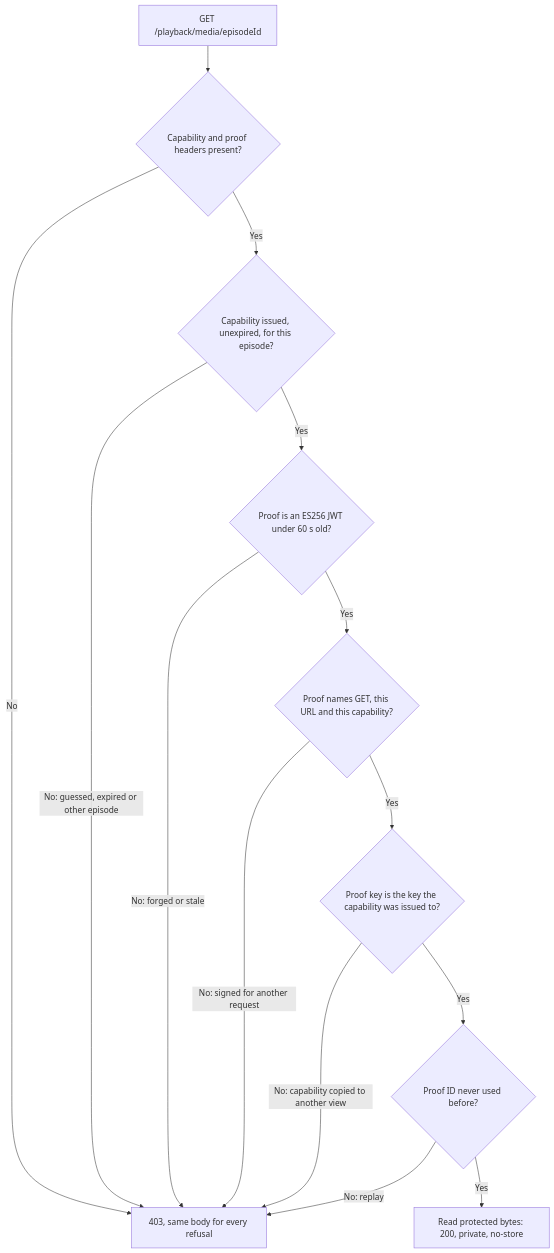
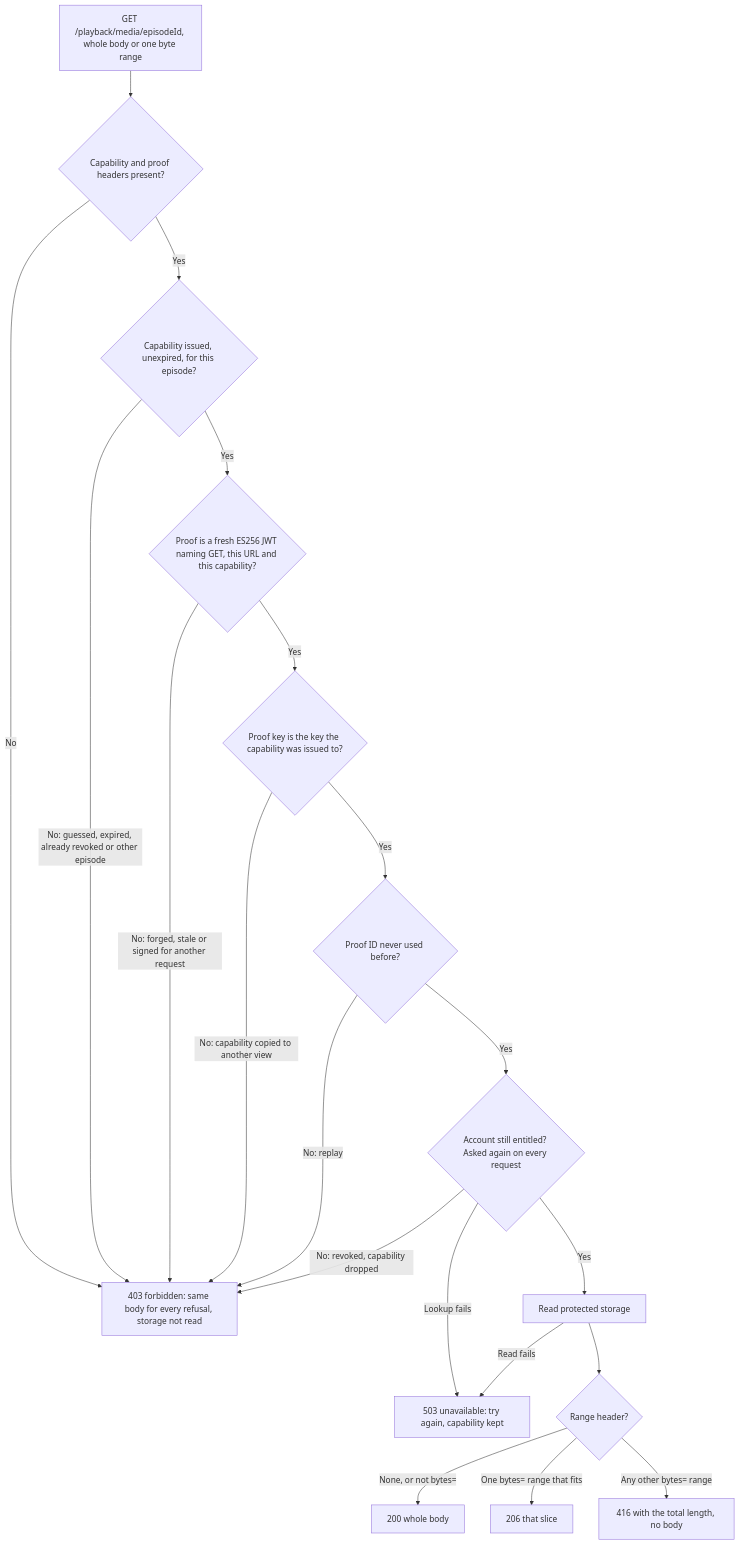
One commit to MachineWisdomAI/saga-a2ui changed the diagram in diagrams/authorized-playback-media-checks.mmd. Above: the diagram before and after it, drawn with Mermaid. The commit also changed 8 other files, not shown here.

```diff
--- a/diagrams/authorized-playback-media-checks.mmd
+++ b/diagrams/authorized-playback-media-checks.mmd
@@ -1,14 +1,20 @@
 graph TD
-  R["GET /playback/media/episodeId"] --> C1{"Capability and proof headers present?"}
-  C1 -->|"No"| X["403, same body for every refusal"]
+  R["GET /playback/media/episodeId, whole body or one byte range"] --> C1{"Capability and proof headers present?"}
+  C1 -->|"No"| X["403 forbidden: same body for every refusal, storage not read"]
   C1 -->|"Yes"| C2{"Capability issued, unexpired, for this episode?"}
-  C2 -->|"No: guessed, expired or other episode"| X
-  C2 -->|"Yes"| C3{"Proof is an ES256 JWT under 60 s old?"}
-  C3 -->|"No: forged or stale"| X
-  C3 -->|"Yes"| C4{"Proof names GET, this URL and this capability?"}
-  C4 -->|"No: signed for another request"| X
-  C4 -->|"Yes"| C5{"Proof key is the key the capability was issued to?"}
-  C5 -->|"No: capability copied to another view"| X
-  C5 -->|"Yes"| C6{"Proof ID never used before?"}
-  C6 -->|"No: replay"| X
-  C6 -->|"Yes"| OK["Read protected bytes: 200, private, no-store"]
+  C2 -->|"No: guessed, expired, already revoked or other episode"| X
+  C2 -->|"Yes"| C3{"Proof is a fresh ES256 JWT naming GET, this URL and this capability?"}
+  C3 -->|"No: forged, stale or signed for another request"| X
+  C3 -->|"Yes"| C4{"Proof key is the key the capability was issued to?"}
+  C4 -->|"No: capability copied to another view"| X
+  C4 -->|"Yes"| C5{"Proof ID never used before?"}
+  C5 -->|"No: replay"| X
+  C5 -->|"Yes"| C6{"Account still entitled? Asked again on every request"}
+  C6 -->|"No: revoked, capability dropped"| X
+  C6 -->|"Lookup fails"| F["503 unavailable: try again, capability kept"]
+  C6 -->|"Yes"| S["Read protected storage"]
+  S -->|"Read fails"| F
+  S --> G{"Range header?"}
+  G -->|"None, or not bytes="| W["200 whole body"]
+  G -->|"One bytes= range that fits"| P["206 that slice"]
+  G -->|"Any other bytes= range"| U["416 with the total length, no body"]
```
